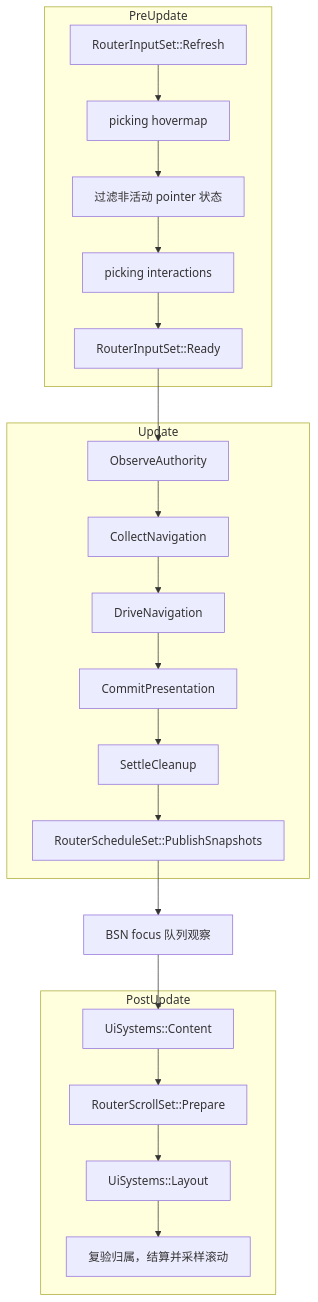
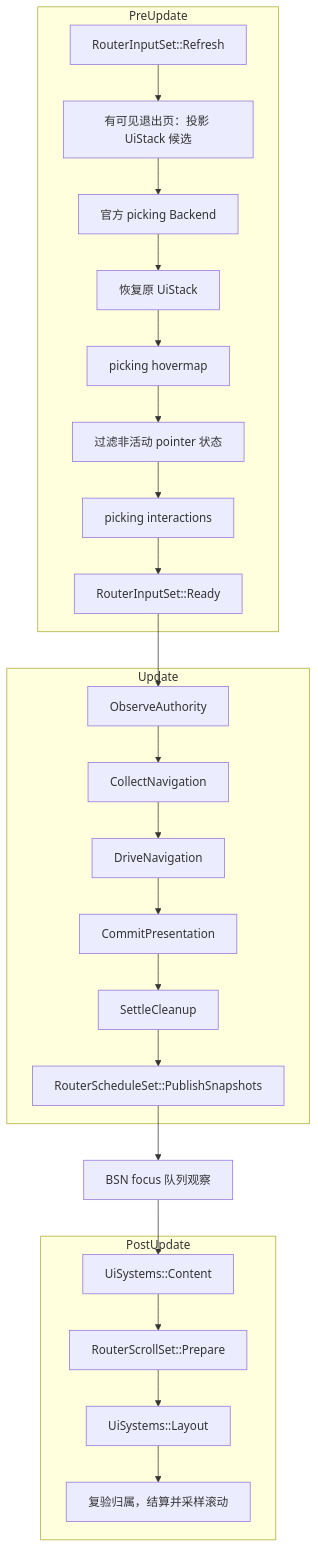
The third of 3 diagrams in docs/architecture/runtime.md (shengyusi-SYS/bevy_ui_router), drawn with Mermaid before and after one commit. The commit also changed other lines of this file and 28 other files, not shown here.

````diff
--- a/docs/architecture/runtime.md
+++ b/docs/architecture/runtime.md
@@ -77,24 +89,27 @@
 ```mermaid
 flowchart TB
     subgraph PreUpdate
-        Refresh["RouterInputSet::Refresh"] --> HoverMap["picking hovermap"]
+        Refresh["RouterInputSet::Refresh"] --> Candidates["有可见退出页：投影 UiStack 候选"]
+        Candidates --> Backend["官方 picking Backend"]
+        Backend --> Restore["恢复原 UiStack"]
+        Restore --> HoverMap["picking hovermap"]
         HoverMap --> Filter["过滤非活动 pointer 状态"]
         Filter --> Interaction["picking interactions"]
         Interaction --> Ready["RouterInputSet::Ready"]
     end
     subgraph Update
         Observe["ObserveAuthority"] --> Collect["CollectNavigation"]
         Collect --> Drive["DriveNavigation"]
         Drive --> Commit["CommitPresentation"]
         Commit --> Cleanup["SettleCleanup"]
         Cleanup --> Publish["RouterScheduleSet::PublishSnapshots"]
     end
     subgraph PostUpdate
         Content["UiSystems::Content"] --> Prepare["RouterScrollSet::Prepare"]
         Prepare --> Layout["UiSystems::Layout"]
         Layout --> Scroll["复验归属，结算并采样滚动"]
     end
     Ready --> Observe
     Publish --> Focus["BSN focus 队列观察"]
     Focus --> Content
 ```
````
